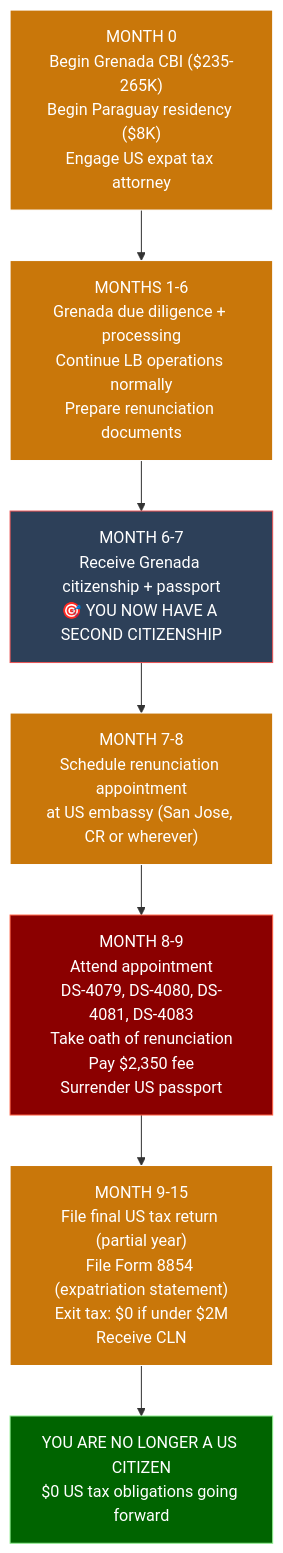
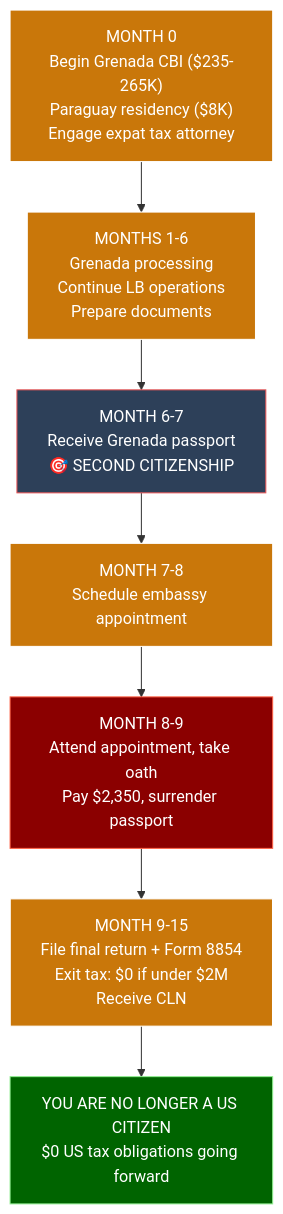
The second of 9 diagrams in docs/tax-structure/light-brands/13-DAN-EXIT-US-AND-LB-SIMPLIFIED-STRUCTURE.md (Light-Brands/epic-center), drawn with Mermaid before and after one commit. The commit also changed other lines of this file and 1 other file, not shown here.

First line of the commit message:
Trim mermaid diagram text to fit within node boundaries

````diff
--- a/docs/tax-structure/light-brands/13-DAN-EXIT-US-AND-LB-SIMPLIFIED-STRUCTURE.md
+++ b/docs/tax-structure/light-brands/13-DAN-EXIT-US-AND-LB-SIMPLIFIED-STRUCTURE.md
@@ -145,31 +145,31 @@
 ```mermaid
 graph TD
-    M0["MONTH 0<br/>Begin Grenada CBI ($235-265K)<br/>Begin Paraguay residency ($8K)<br/>Engage US expat tax attorney"]
+    M0["MONTH 0<br/>Begin Grenada CBI ($235-265K)<br/>Paraguay residency ($8K)<br/>Engage expat tax attorney"]
 
-    M1_6["MONTHS 1-6<br/>Grenada due diligence + processing<br/>Continue LB operations normally<br/>Prepare renunciation documents"]
+    M1_6["MONTHS 1-6<br/>Grenada processing<br/>Continue LB operations<br/>Prepare documents"]
 
-    M6_7["MONTH 6-7<br/>Receive Grenada citizenship + passport<br/>🎯 YOU NOW HAVE A SECOND CITIZENSHIP"]
+    M6_7["MONTH 6-7<br/>Receive Grenada passport<br/>🎯 SECOND CITIZENSHIP"]
 
-    M7_8["MONTH 7-8<br/>Schedule renunciation appointment<br/>at US embassy (San Jose, CR or wherever)"]
+    M7_8["MONTH 7-8<br/>Schedule embassy appointment"]
 
-    M8_9["MONTH 8-9<br/>Attend appointment<br/>DS-4079, DS-4080, DS-4081, DS-4083<br/>Take oath of renunciation<br/>Pay $2,350 fee<br/>Surrender US passport"]
+    M8_9["MONTH 8-9<br/>Attend appointment, take oath<br/>Pay $2,350, surrender passport"]
 
-    M9_15["MONTH 9-15<br/>File final US tax return (partial year)<br/>File Form 8854 (expatriation statement)<br/>Exit tax: $0 if under $2M<br/>Receive CLN"]
+    M9_15["MONTH 9-15<br/>File final return + Form 8854<br/>Exit tax: $0 if under $2M<br/>Receive CLN"]
 
     DONE["YOU ARE NO LONGER A US CITIZEN<br/>$0 US tax obligations going forward"]
 
     M0 --> M1_6
     M1_6 --> M6_7
     M6_7 --> M7_8
     M7_8 --> M8_9
     M8_9 --> M9_15
     M9_15 --> DONE
 
     style M0 fill:#c9770a,stroke:#fff,color:#fff
     style M1_6 fill:#c9770a,stroke:#fff,color:#fff
     style M6_7 fill:#2d4059,stroke:#ea5455,color:#fff
     style M7_8 fill:#c9770a,stroke:#fff,color:#fff
     style M8_9 fill:#8b0000,stroke:#ff6347,color:#fff
     style M9_15 fill:#c9770a,stroke:#fff,color:#fff
     style DONE fill:#006400,stroke:#90ee90,color:#fff
 ```
````
